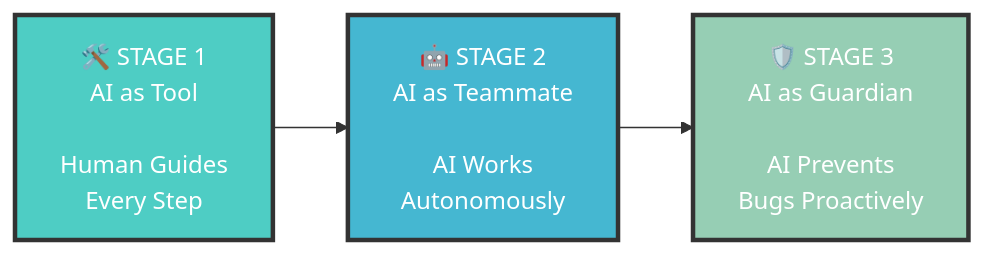
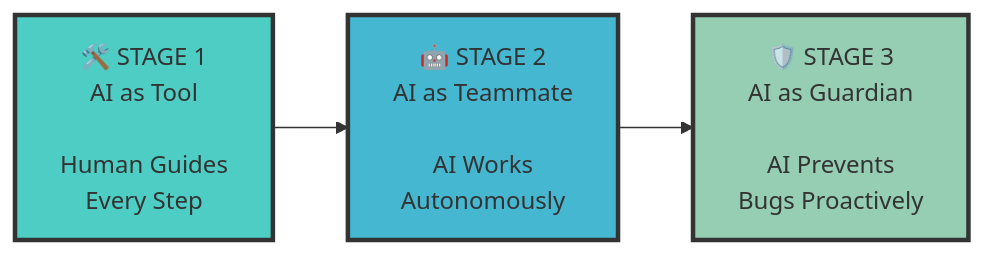
One commit to david-pizzi-cg/github-ai-workflow-demo changed the first of 4 diagrams in README.md. Above: the diagram before and after it, drawn with Mermaid. The commit also changed other lines of this file, not shown here.

````diff
--- a/README.md
+++ b/README.md
@@ -9,9 +11,9 @@
 ```mermaid
 graph LR
     A[🛠️ STAGE 1<br/>AI as Tool<br/><br/>Human Guides<br/>Every Step] --> B[🤖 STAGE 2<br/>AI as Teammate<br/><br/>AI Works<br/>Autonomously]
     B --> C[🛡️ STAGE 3<br/>AI as Guardian<br/><br/>AI Prevents<br/>Bugs Proactively]
     
-    style A fill:#4ecdc4,color:#fff,stroke:#333,stroke-width:3px
-    style B fill:#45b7d1,color:#fff,stroke:#333,stroke-width:3px
-    style C fill:#96ceb4,color:#fff,stroke:#333,stroke-width:3px
+    style A fill:#4ecdc4,colour:#fff,stroke:#333,stroke-width:3px
+    style B fill:#45b7d1,colour:#fff,stroke:#333,stroke-width:3px
+    style C fill:#96ceb4,colour:#fff,stroke:#333,stroke-width:3px
 ```
````
